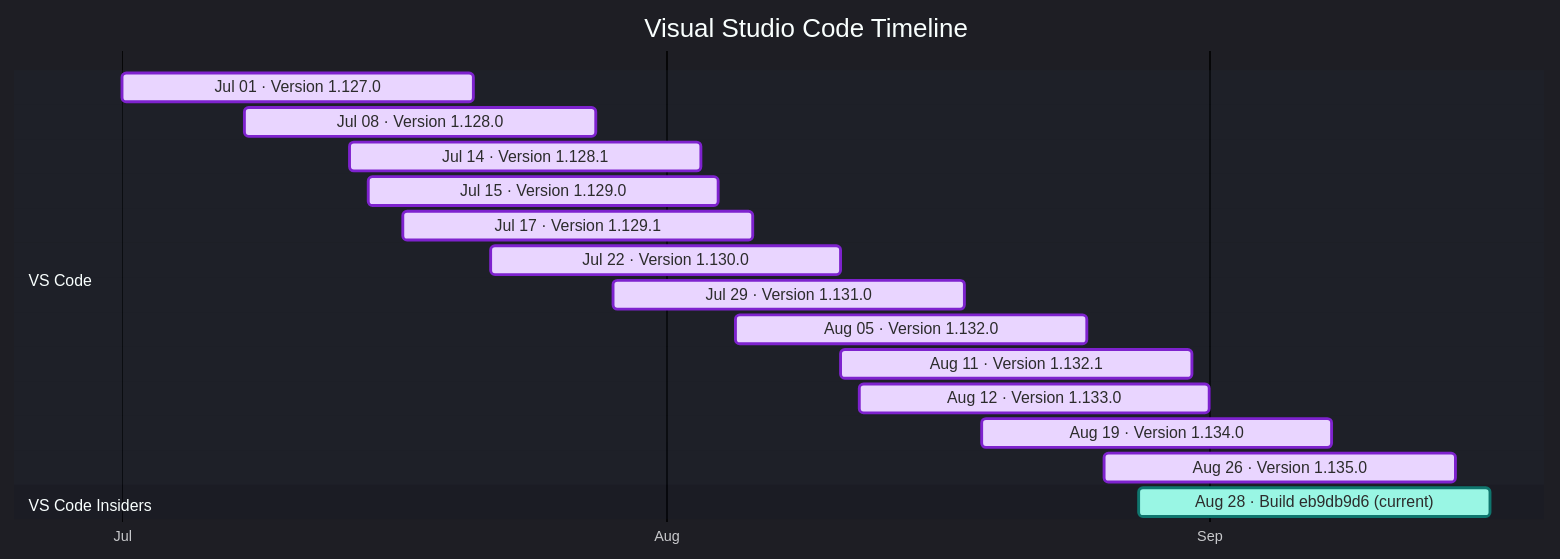
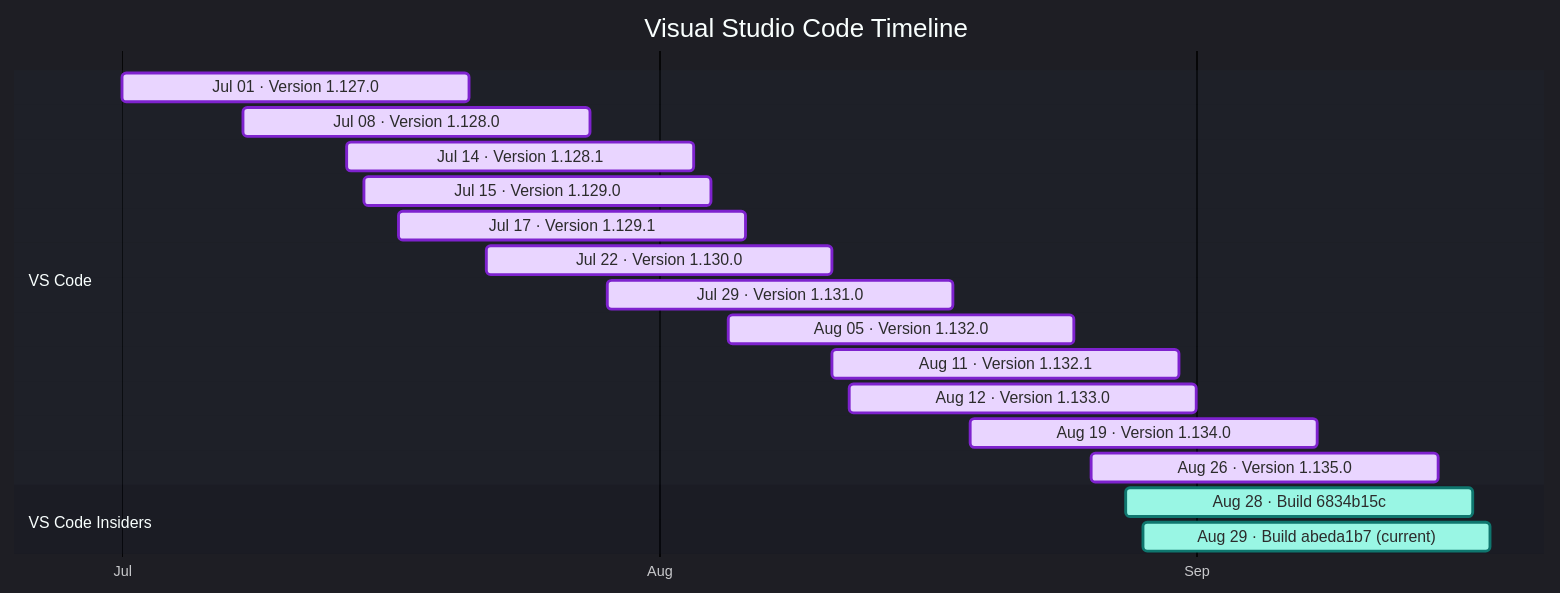
Before and after one commit to Oxelya-DevTools/VisualStudioUpdate: the diagram in docs/vscode.md, drawn with Mermaid. The commit also changed other lines of this file and 1 other file, not shown here.

````diff
--- a/docs/vscode.md
+++ b/docs/vscode.md
@@ -9,23 +9,24 @@
 ```mermaid
 %%{init: {'theme':'dark','themeVariables': { 'fontFamily': 'Segoe UI', 'fontSize': '24px', 'textColor': '#F3F4F6', 'titleTextColor': '#FFFFFF', 'taskTextColor': '#111827', 'taskTextLightColor': '#111827', 'taskTextOutsideColor': '#F3F4F6', 'taskBkgColor': '#BAE6FD', 'taskBorderColor': '#0369A1', 'doneTaskBkgColor': '#E9D5FF', 'doneTaskBorderColor': '#7E22CE', 'activeTaskBkgColor': '#99F6E4', 'activeTaskBorderColor': '#0F766E', 'critTaskBkgColor': '#FED7AA', 'critTaskBorderColor': '#C2410C', 'sectionBkgColor': '#1F2937', 'altSectionBkgColor': '#111827', 'gridColor': '#4B5563', 'todayLineColor': '#F87171' }}}%%
 gantt
     title Visual Studio Code Timeline
     dateFormat  YYYY-MM-DD
     axisFormat  %b
     tickInterval 1month
     section VS Code
     Jul 01 · Version 1.127.0 : done, vscode202607010, 2026-07-01, 20d
     Jul 08 · Version 1.128.0 : done, vscode202607081, 2026-07-08, 20d
     Jul 14 · Version 1.128.1 : done, vscode202607142, 2026-07-14, 20d
     Jul 15 · Version 1.129.0 : done, vscode202607153, 2026-07-15, 20d
     Jul 17 · Version 1.129.1 : done, vscode202607174, 2026-07-17, 20d
     Jul 22 · Version 1.130.0 : done, vscode202607225, 2026-07-22, 20d
     Jul 29 · Version 1.131.0 : done, vscode202607296, 2026-07-29, 20d
     Aug 05 · Version 1.132.0 : done, vscode202608057, 2026-08-05, 20d
     Aug 11 · Version 1.132.1 : done, vscode202608118, 2026-08-11, 20d
     Aug 12 · Version 1.133.0 : done, vscode202608129, 2026-08-12, 20d
     Aug 19 · Version 1.134.0 : done, vscode2026081910, 2026-08-19, 20d
     Aug 26 · Version 1.135.0 : done, vscode2026082611, 2026-08-26, 20d
     section VS Code Insiders
-    Aug 28 · Build eb9db9d6 (current) : active, vscodeinsiders202608280, 2026-08-28, 20d
+    Aug 28 · Build 6834b15c : active, vscodeinsiders202608280, 2026-08-28, 20d
+    Aug 29 · Build abeda1b7 (current) : active, vscodeinsiders202608291, 2026-08-29, 20d
 ```
````
